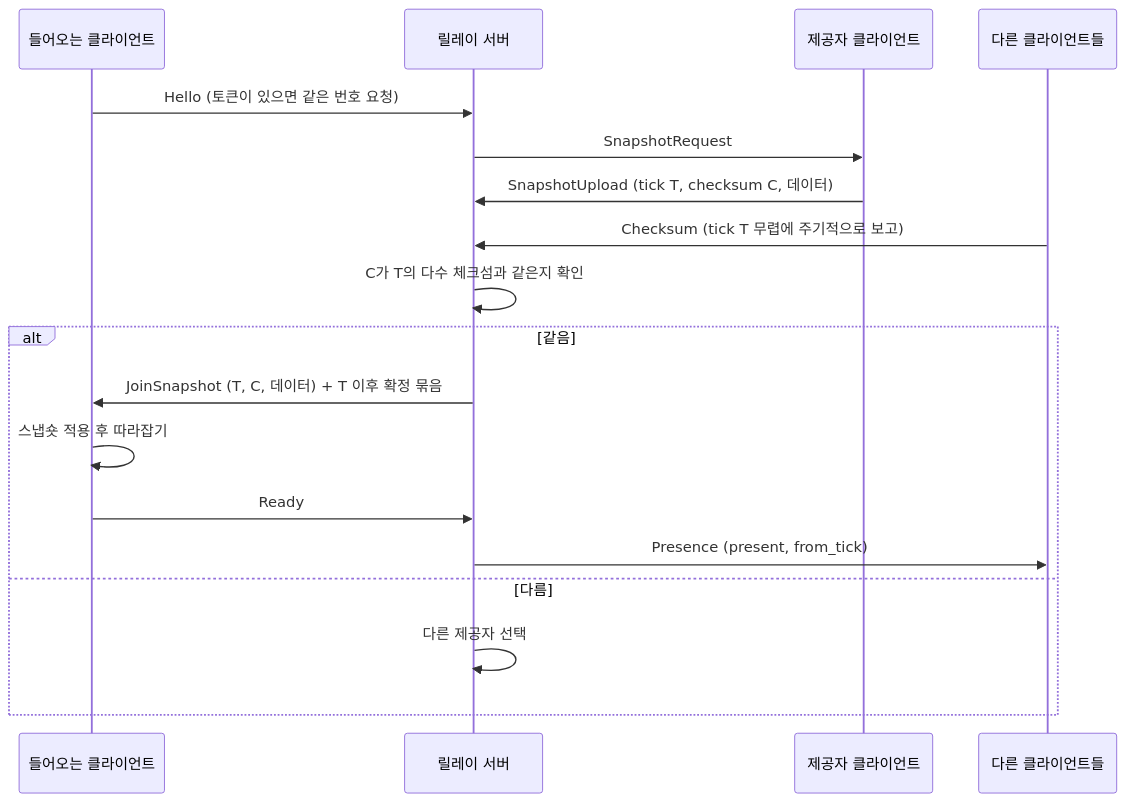
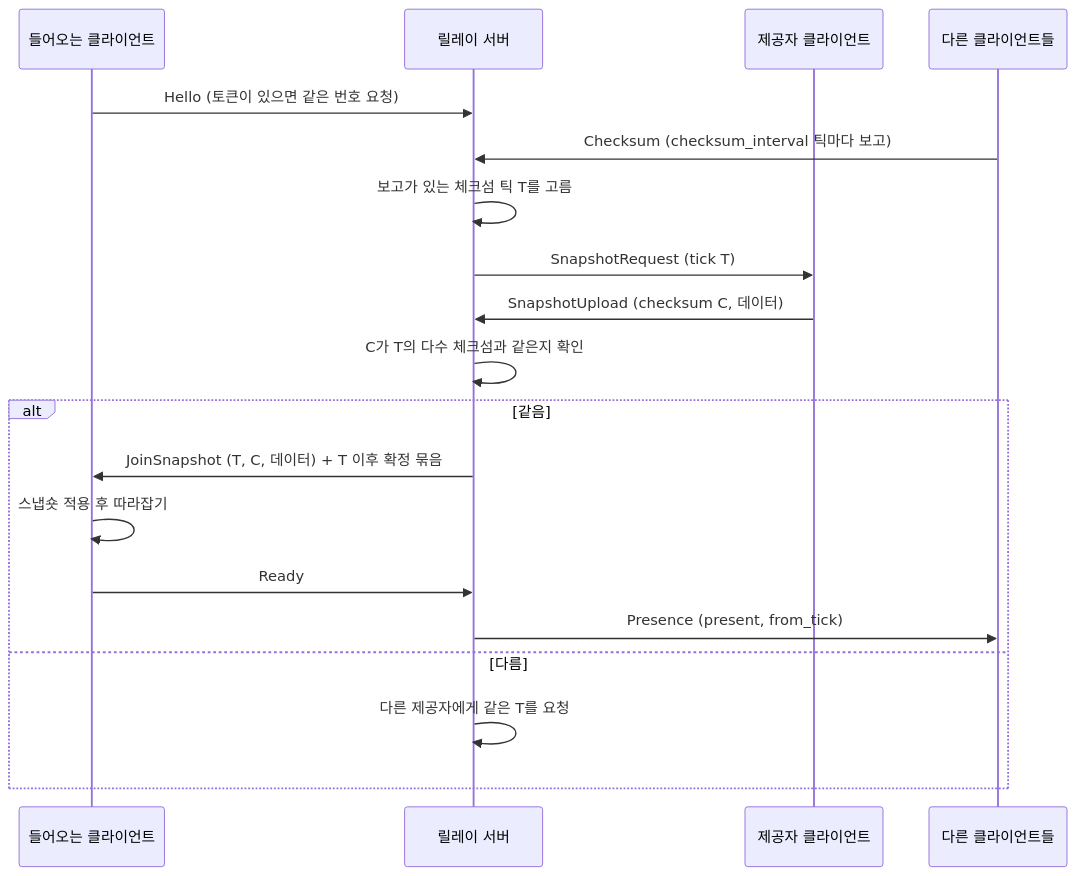
Before and after one commit to BeautyfullCastle/rust-ai-native-game-engine: the third of 3 diagrams in docs/view-framework.md, drawn with Mermaid. The commit also changed other lines of this file and 1 other file, not shown here.

Commit message:
docs: describe the single protocol version and the server-chosen snapshot tick

````diff
--- a/docs/view-framework.md
+++ b/docs/view-framework.md
@@ -234,20 +234,21 @@
 ```mermaid
 sequenceDiagram
     participant J as 들어오는 클라이언트
     participant S as 릴레이 서버
     participant D as 제공자 클라이언트
     participant O as 다른 클라이언트들
     J->>S: Hello (토큰이 있으면 같은 번호 요청)
-    S->>D: SnapshotRequest
-    D->>S: SnapshotUpload (tick T, checksum C, 데이터)
-    O->>S: Checksum (tick T 무렵에 주기적으로 보고)
+    O->>S: Checksum (checksum_interval 틱마다 보고)
+    S->>S: 보고가 있는 체크섬 틱 T를 고름
+    S->>D: SnapshotRequest (tick T)
+    D->>S: SnapshotUpload (checksum C, 데이터)
     S->>S: C가 T의 다수 체크섬과 같은지 확인
     alt 같음
         S->>J: JoinSnapshot (T, C, 데이터) + T 이후 확정 묶음
         J->>J: 스냅숏 적용 후 따라잡기
         J->>S: Ready
         S->>O: Presence (present, from_tick)
     else 다름
-        S->>S: 다른 제공자 선택
+        S->>S: 다른 제공자에게 같은 T를 요청
     end
 ```
````
